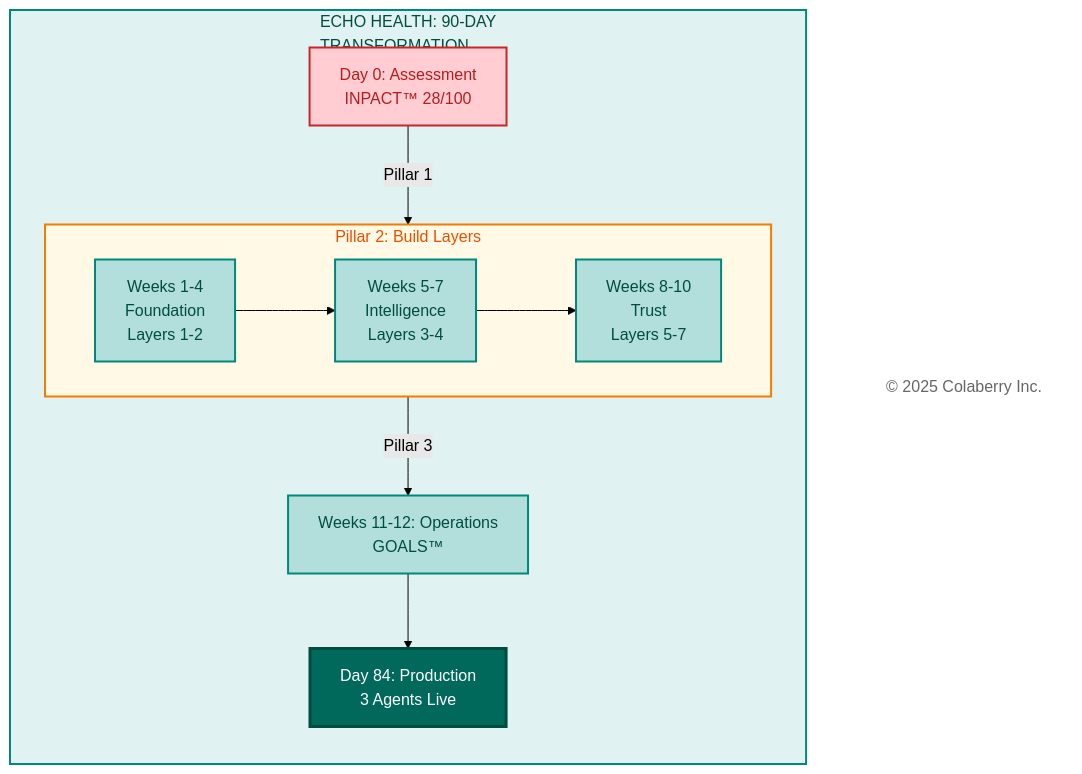
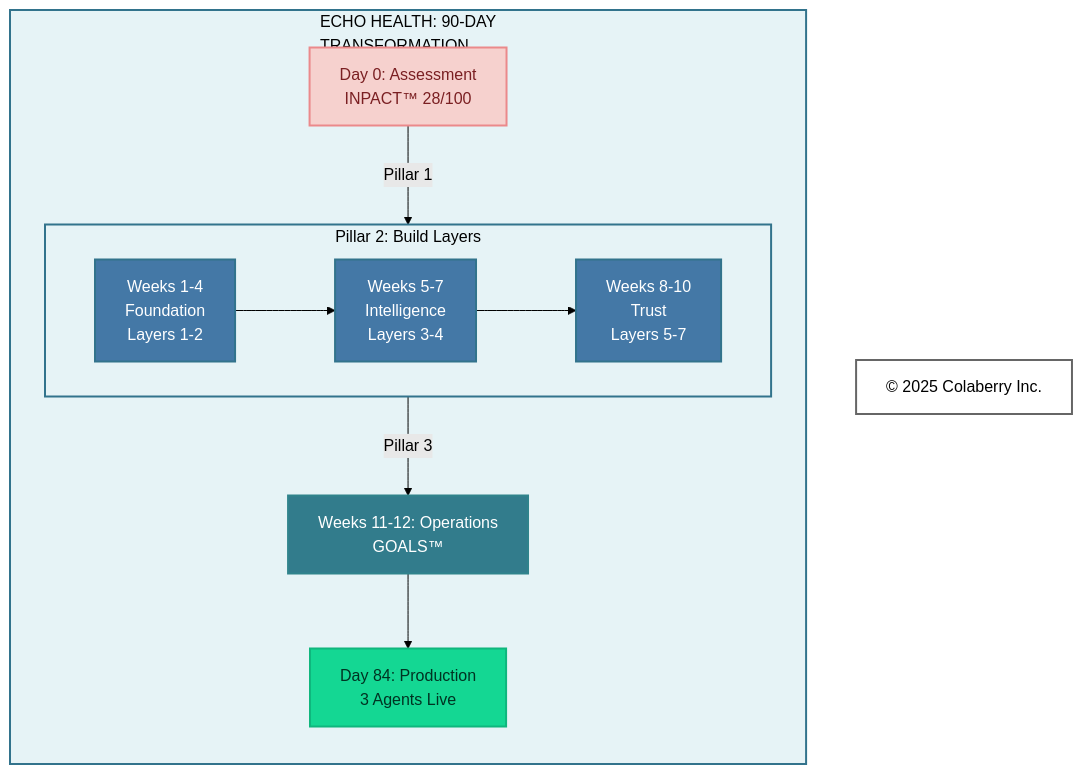
One commit to saitejesh-cyber/trust-before-intelligence-book changed diagram 11 of 11 in manuscript/09_chapter_8_architecture_of_trust_in_action.md. Above: the diagram before and after it, drawn with Mermaid (forest theme). The commit also changed other lines of this file, not shown here.

Commit message:
Update mermaid diagrams as per new coloberry color and contrast ratio for chapter 9

````diff
--- a/manuscript/09_chapter_8_architecture_of_trust_in_action.md
+++ b/manuscript/09_chapter_8_architecture_of_trust_in_action.md
@@ -1065,37 +1074,37 @@
 ```mermaid
 
 graph TB
     subgraph JOURNEY["ECHO HEALTH: 90-DAY <br/>TRANSFORMATION"]
         direction TB
         D0["Day 0: Assessment<br/>INPACT™ 28/100"]
         
         subgraph BUILD["Pillar 2: Build Layers"]
             direction LR
             W4["Weeks 1-4<br/>Foundation<br/>Layers 1-2"]
             W7["Weeks 5-7<br/>Intelligence<br/>Layers 3-4"]
             W10["Weeks 8-10<br/>Trust<br/>Layers 5-7"]
             W4 --> W7 --> W10
         end
         
         W12["Weeks 11-12: Operations<br/>GOALS™"]
         
         FINAL["Day 84: Production<br/>3 Agents Live"]
     end
     
     Copyright["© 2025 Colaberry Inc."]
     
     D0 -->|"Pillar 1"| BUILD
     BUILD -->|"Pillar 3"| W12
     W12 --> FINAL
     
-    style JOURNEY fill:#e0f2f1,stroke:#00897b,stroke-width:2px,color:#004d40
-    style D0 fill:#ffcdd2,stroke:#c62828,stroke-width:2px,color:#b71c1c
-    style BUILD fill:#fff9e6,stroke:#f57c00,stroke-width:2px,color:#e65100
-    style W4 fill:#b2dfdb,stroke:#00897b,stroke-width:2px,color:#004d40
-    style W7 fill:#b2dfdb,stroke:#00897b,stroke-width:2px,color:#004d40
-    style W10 fill:#b2dfdb,stroke:#00897b,stroke-width:2px,color:#004d40
-    style W12 fill:#b2dfdb,stroke:#00897b,stroke-width:2px,color:#004d40
-    style FINAL fill:#00695c,color:#ffffff,stroke:#004d40,stroke-width:3px
-    style Copyright fill:#ffffff,stroke:none,color:#666666
+    style JOURNEY fill:#E6F3F6,stroke:#32738C,stroke-width:2px,color:#000000
+    style D0 fill:#F6D1CE,stroke:#EB898B,stroke-width:2px,color:#7A1F22
+    style BUILD fill:#E6F3F6,stroke:#32738C,stroke-width:2px,color:#000000
+    style W4 fill:#4478A6,stroke:#32738C,stroke-width:2px,color:#ffffff
+    style W7 fill:#4478A6,stroke:#32738C,stroke-width:2px,color:#ffffff
+    style W10 fill:#4478A6,stroke:#32738C,stroke-width:2px,color:#ffffff
+    style W12 fill:#327C8C,stroke:#30838C,stroke-width:2px,color:#ffffff
+    style FINAL fill:#14D793,stroke:#0FB67D,stroke-width:2px,color:#003322
+    style Copyright fill:#ffffff,stroke:#666666,stroke-width:2px,color:#000000
 
 ```
````
